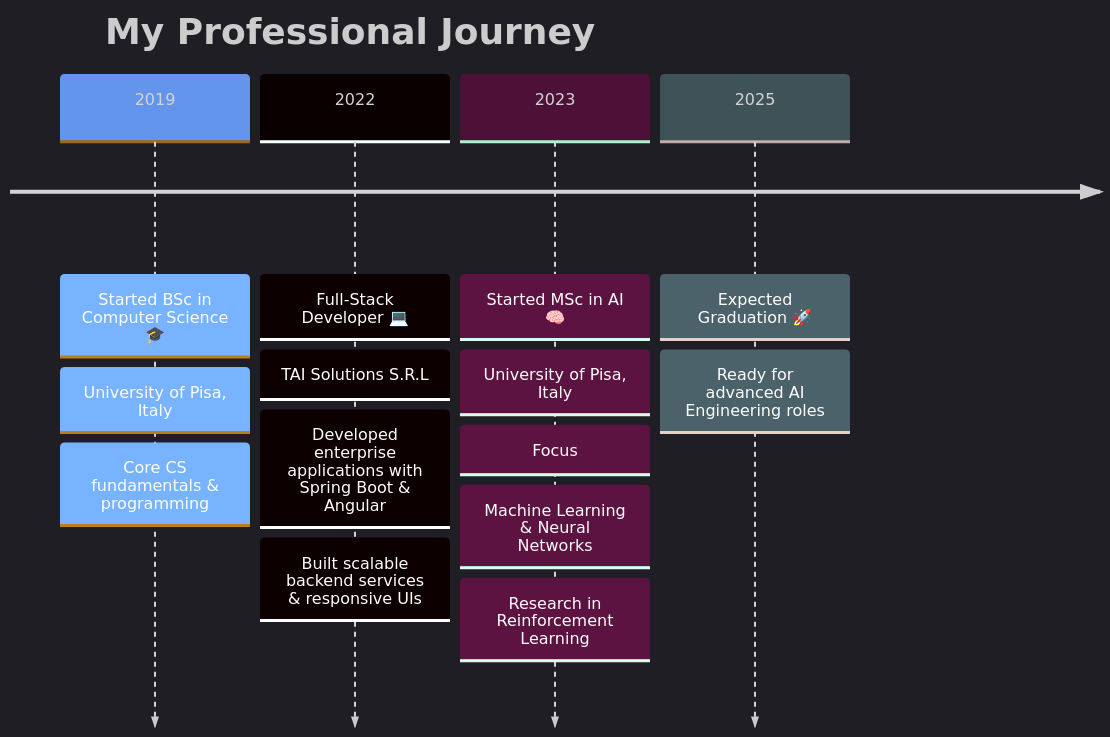
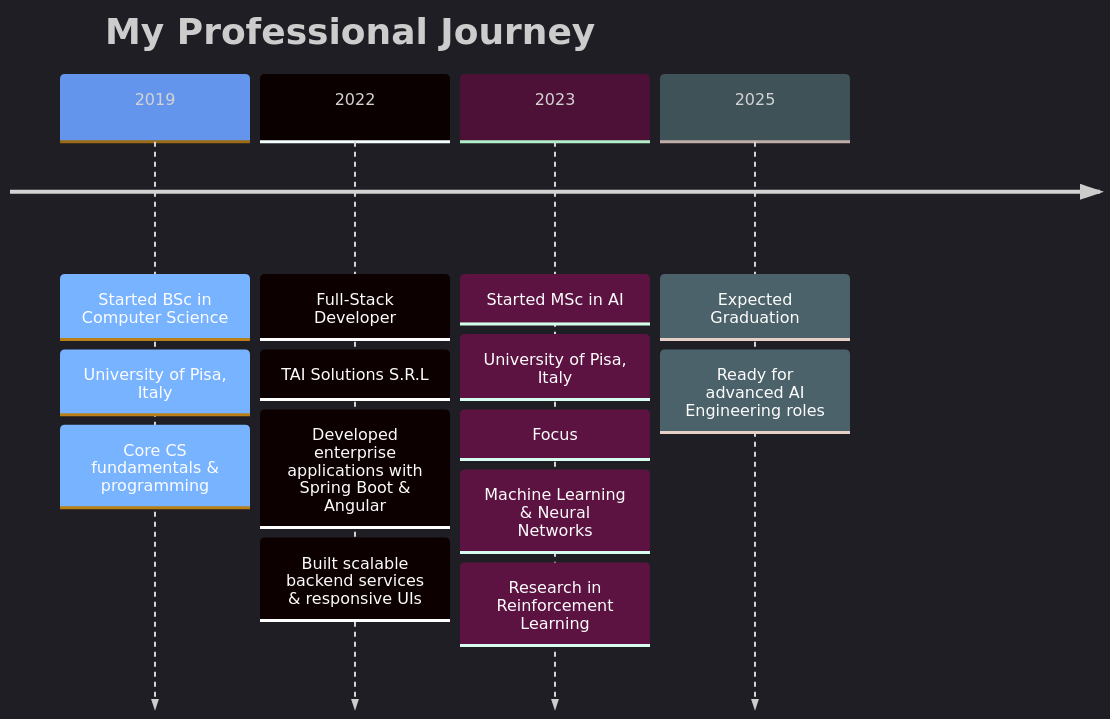
Before and after one commit to lesi-nedo/lesi-nedo: the diagram in README.md, drawn with Mermaid. The commit also changed other lines of this file, not shown here.

````diff
--- a/README.md
+++ b/README.md
@@ -141,18 +150,18 @@
 ```mermaid
 %%{init: {'theme': 'dark', 'themeVariables': { 'primaryColor': '#6495ED', 'primaryTextColor': '#fff', 'primaryBorderColor': '#6495ED', 'lineColor': '#F8B229', 'secondaryColor': '#006100', 'tertiaryColor': '#444444' }}}%%
 timeline
     title My Professional Journey
-    2019 : Started BSc in Computer Science 🎓
+    2019 : Started BSc in Computer Science
          : University of Pisa, Italy
          : Core CS fundamentals & programming
-    2022 : Full-Stack Developer 💻
+    2022 : Full-Stack Developer
          : TAI Solutions S.R.L
          : Developed enterprise applications with Spring Boot & Angular
          : Built scalable backend services & responsive UIs
-    2023 : Started MSc in AI 🧠
+    2023 : Started MSc in AI
          : University of Pisa, Italy
          : Focus: Machine Learning & Neural Networks
          : Research in Reinforcement Learning
-    2025 : Expected Graduation 🚀
+    2025 : Expected Graduation
          : Ready for advanced AI Engineering roles
 ```
````
